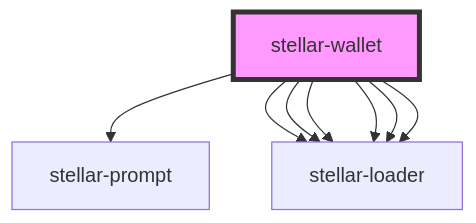
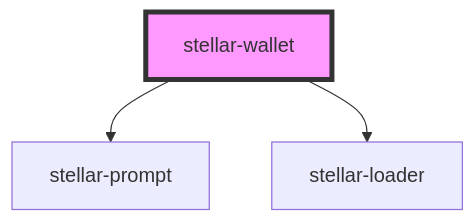
The diagram in src/components/wallet/readme.md (stellar/stellar-demo-wallet), drawn with Mermaid before and after one commit. The commit also changed other lines of this file and 3 other files, not shown here.

````diff
--- a/src/components/wallet/readme.md
+++ b/src/components/wallet/readme.md
@@ -30,11 +25,6 @@
 ```mermaid
 graph TD;
   stellar-wallet --> stellar-prompt
   stellar-wallet --> stellar-loader
-  stellar-wallet --> stellar-loader
-  stellar-wallet --> stellar-loader
-  stellar-wallet --> stellar-loader
-  stellar-wallet --> stellar-loader
-  stellar-wallet --> stellar-loader
   style stellar-wallet fill:#f9f,stroke:#333,stroke-width:4px
 ```
````
